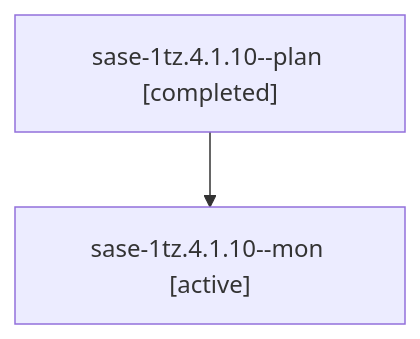
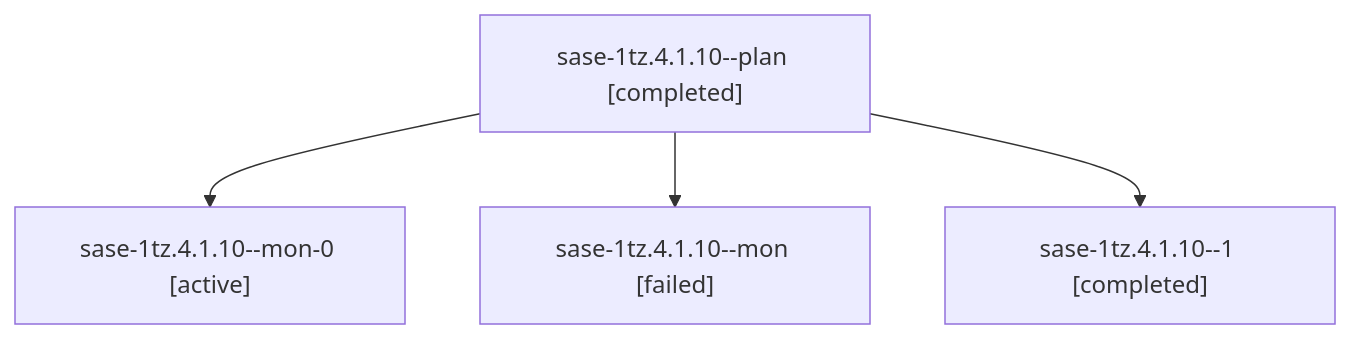
Before and after one commit to sase-org/sase--agents: the diagram in sessions/bbugyi200.athena.sase-1tz.4.1.10.md, drawn with Mermaid. The commit also changed other lines of this file and 123 other files, not shown here.

````diff
--- a/sessions/bbugyi200.athena.sase-1tz.4.1.10.md
+++ b/sessions/bbugyi200.athena.sase-1tz.4.1.10.md
@@ -9,6 +9,10 @@
 ```mermaid
 flowchart TD
   n0["sase-1tz.4.1.10--plan [completed]"]
-  n1["sase-1tz.4.1.10--mon [active]"]
+  n1["sase-1tz.4.1.10--mon-0 [active]"]
   n0 --> n1
+  n2["sase-1tz.4.1.10--mon [failed]"]
+  n0 --> n2
+  n3["sase-1tz.4.1.10--1 [completed]"]
+  n0 --> n3
 ```
````
